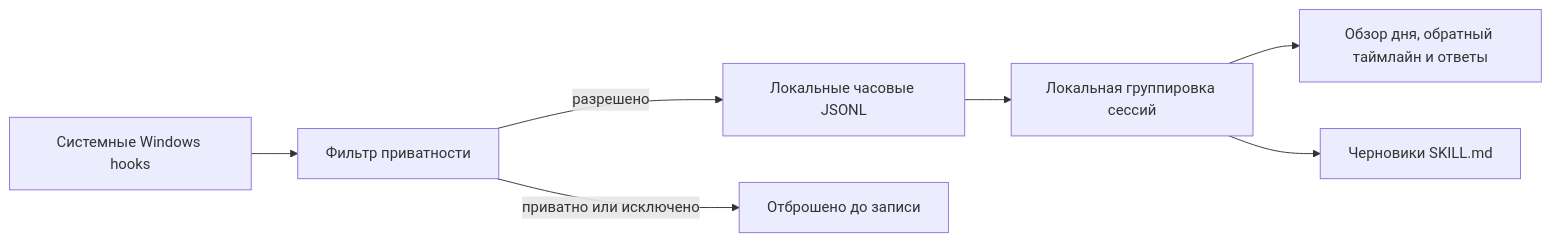
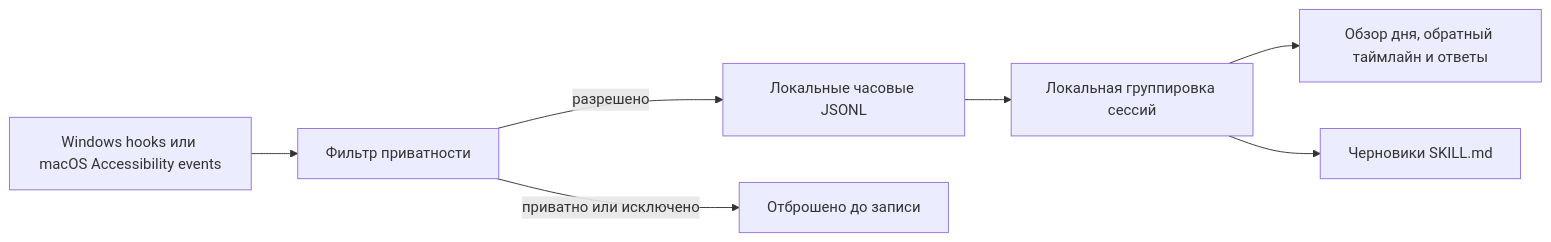
One commit to CaspianG/daytrace changed the diagram in README_RU.md. Above: the diagram before and after it, drawn with Mermaid. The commit also changed other lines of this file and 26 other files, not shown here.

````diff
--- a/README_RU.md
+++ b/README_RU.md
@@ -93,9 +99,9 @@
 ```mermaid
 flowchart LR
-    A["Системные Windows hooks"] --> B["Фильтр приватности"]
+    A["Windows hooks или macOS Accessibility events"] --> B["Фильтр приватности"]
     B -->|"разрешено"| C["Локальные часовые JSONL"]
     B -->|"приватно или исключено"| X["Отброшено до записи"]
     C --> D["Локальная группировка сессий"]
     D --> E["Обзор дня, обратный таймлайн и ответы"]
     D --> F["Черновики SKILL.md"]
 ```
````
